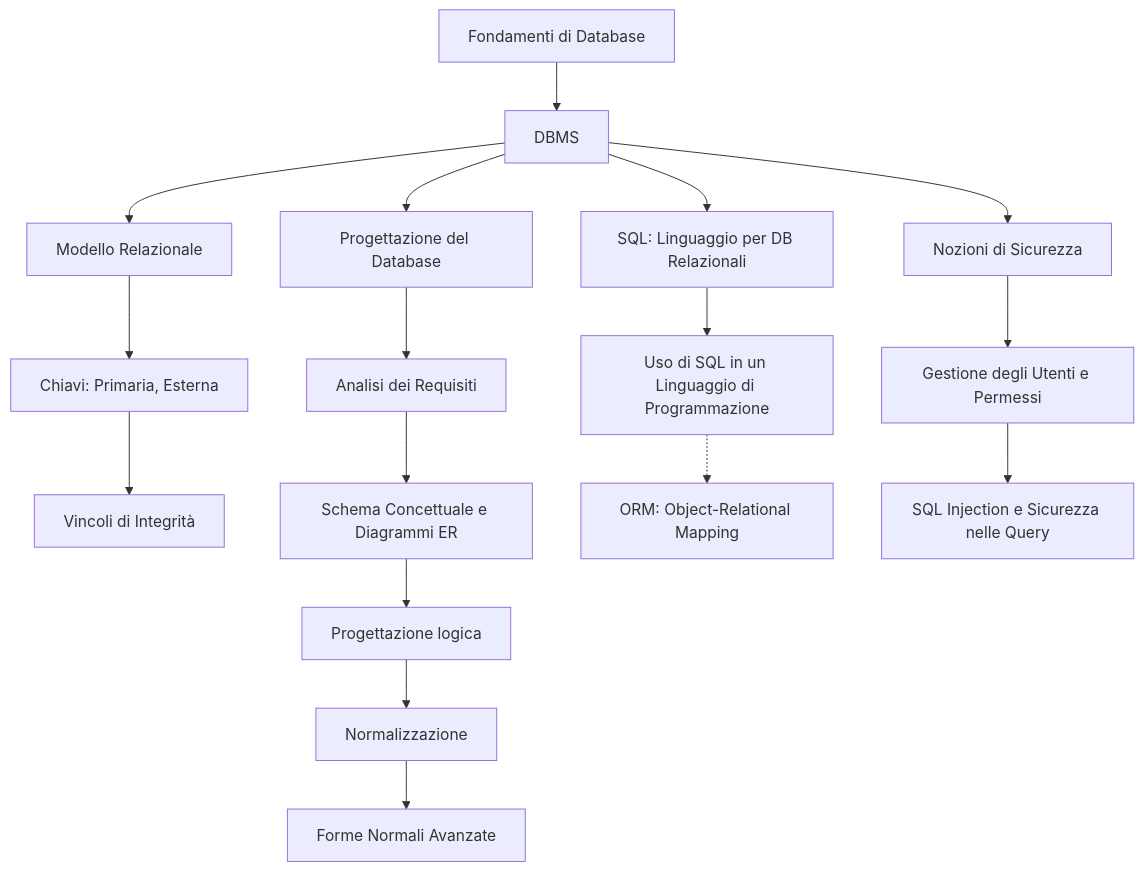
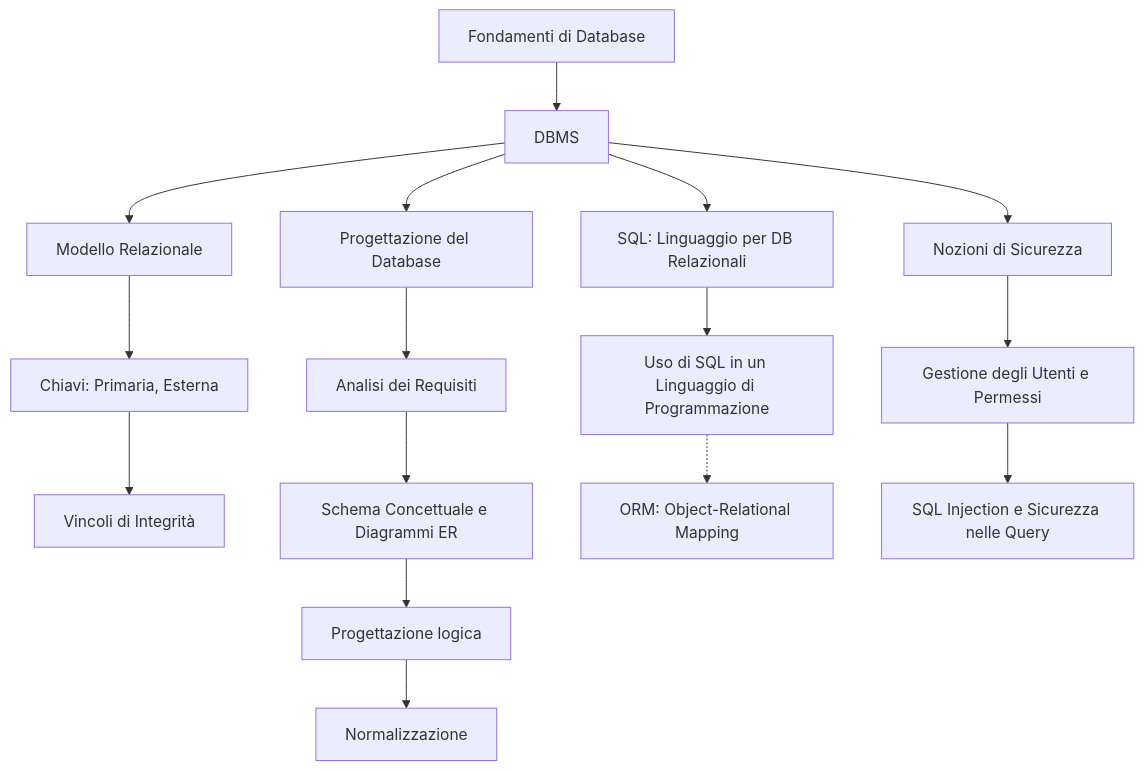
One commit to angelogalantiscuola/IT changed the diagram in db/_percorso_db.md. Above: the diagram before and after it, drawn with Mermaid. The commit also changed 3 other files, not shown here.

````diff
--- a/db/_percorso_db.md
+++ b/db/_percorso_db.md
@@ -3,23 +3,22 @@
 ```mermaid
 graph TD
     A[Fondamenti di Database]
     A --> B[DBMS]
     B --> C[Modello Relazionale]
     C --> D[Chiavi: Primaria, Esterna]
     D --> M[Vincoli di Integrità]
 
     B --> E[Progettazione del Database]
     E --> X[Analisi dei Requisiti]
     X --> F[Schema Concettuale e Diagrammi ER]
     F --> Z[Progettazione logica]
     Z --> G[Normalizzazione]
-    G --> H[Forme Normali Avanzate]
 
     B --> J[SQL: Linguaggio per DB Relazionali]
     J --> Y[Uso di SQL in un Linguaggio di Programmazione]
     Y -.-> W[ORM: Object-Relational Mapping]
 
     B --> T[Nozioni di Sicurezza]
     T --> U[Gestione degli Utenti e Permessi]
     U --> V[SQL Injection e Sicurezza nelle Query]
 ```
````
